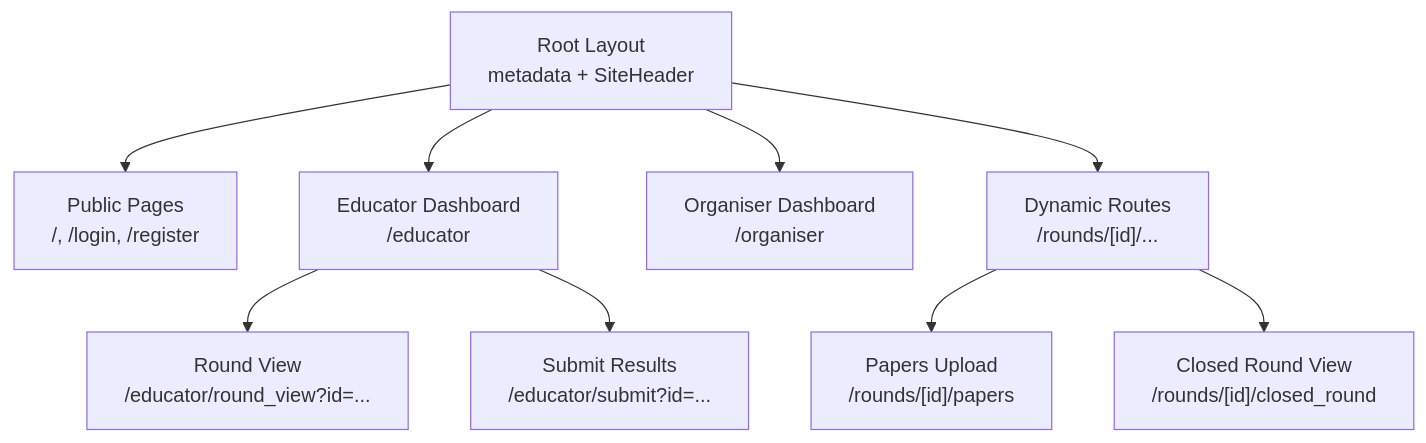
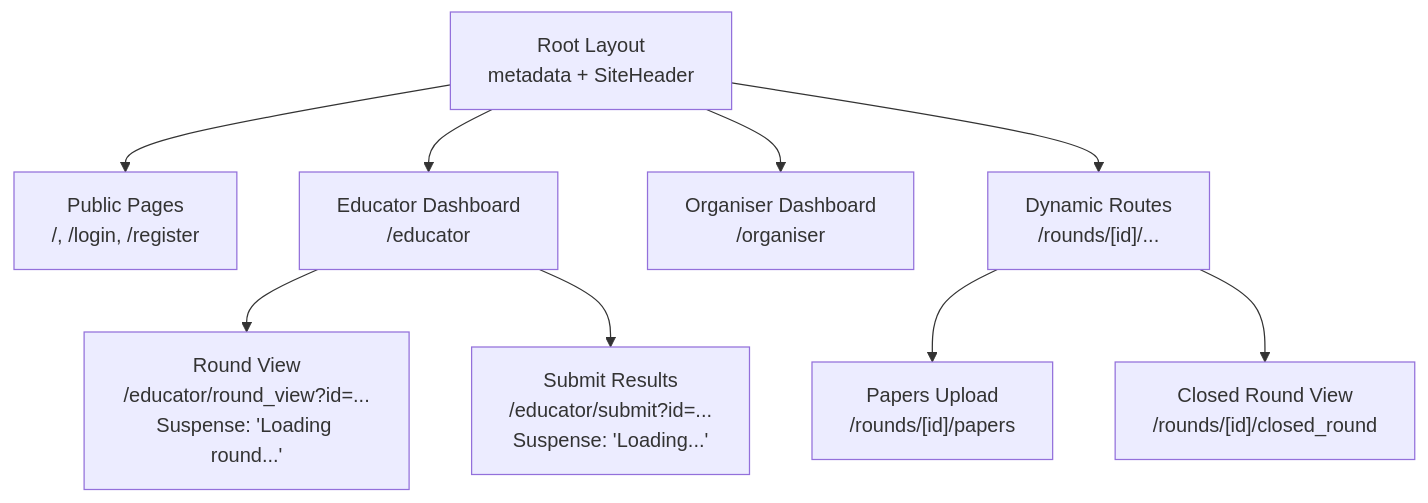
One commit to ZandileMkontwana/olympiad-portal changed the first of 6 diagrams in .qoder/repowiki/en/content/Frontend Architecture/Routing & Navigation System.md. Above: the diagram before and after it, drawn with Mermaid. The commit also changed other lines of this file and 5 other files, not shown here.

````diff
--- a/.qoder/repowiki/en/content/Frontend Architecture/Routing & Navigation System.md
+++ b/.qoder/repowiki/en/content/Frontend Architecture/Routing & Navigation System.md
@@ -44,11 +52,11 @@
 ```mermaid
 graph TB
 A["Root Layout<br/>metadata + SiteHeader"] --> B["Public Pages<br/>/, /login, /register"]
 A --> C["Educator Dashboard<br/>/educator"]
 A --> D["Organiser Dashboard<br/>/organiser"]
 A --> E["Dynamic Routes<br/>/rounds/[id]/..."]
 E --> E1["Papers Upload<br/>/rounds/[id]/papers"]
 E --> E2["Closed Round View<br/>/rounds/[id]/closed_round"]
-C --> F["Round View<br/>/educator/round_view?id=..."]
-C --> G["Submit Results<br/>/educator/submit?id=..."]
+C --> F["Round View<br/>/educator/round_view?id=...<br/>Suspense: 'Loading round...'"]
+C --> G["Submit Results<br/>/educator/submit?id=...<br/>Suspense: 'Loading...'"]
 ```
````
